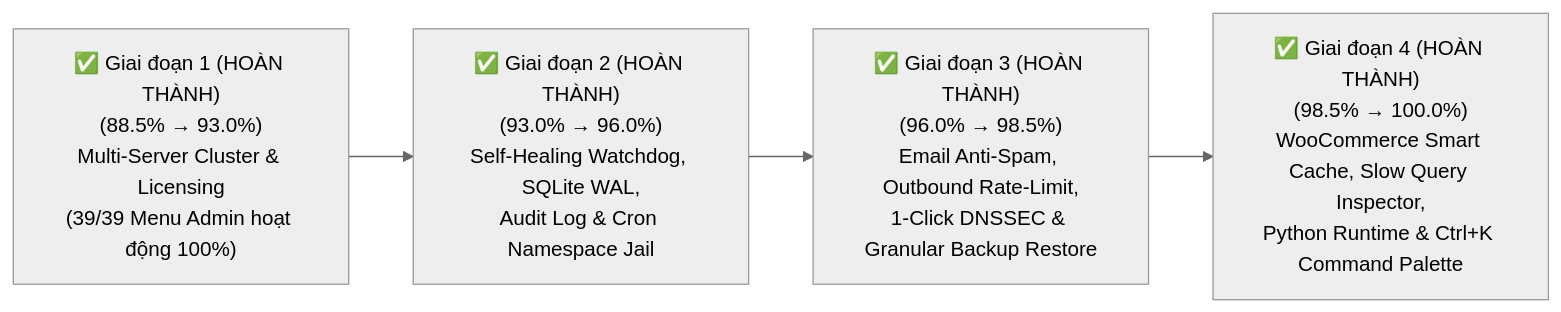
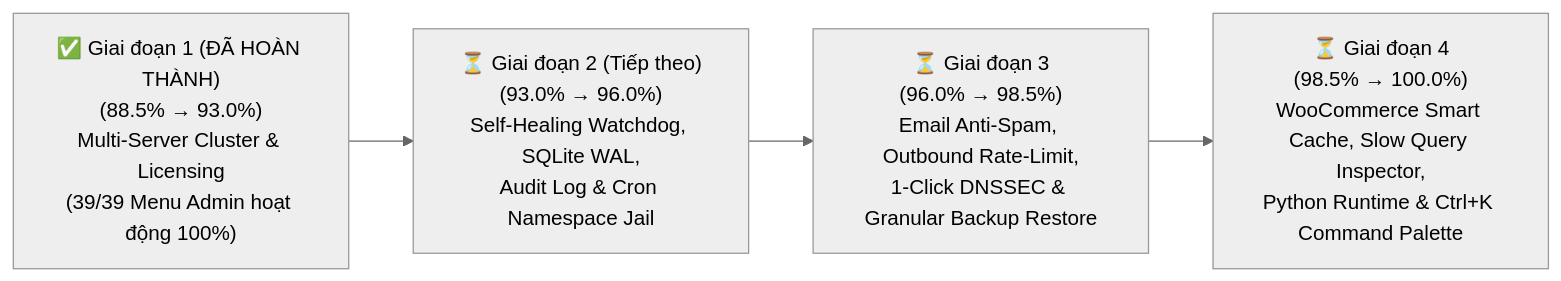
One commit to shostwp-byte/spanel changed the diagram in plan-report/KE_HOACH_HOAN_THIEN_ENTERPRISE_100.md. Above: the diagram before and after it, drawn with Mermaid (neutral theme). The commit also changed other lines of this file and 39 other files, not shown here.

Commit message:
fix(enterprise): restore and unify Phase 2 & Phase 3 with Phase 4, add spanel-cron-jail, AES-256 backup encryption, YARA shield, core-stack apt-mark hold/unhold & regression suite

````diff
--- a/plan-report/KE_HOACH_HOAN_THIEN_ENTERPRISE_100.md
+++ b/plan-report/KE_HOACH_HOAN_THIEN_ENTERPRISE_100.md
@@ -123,6 +196,6 @@
 ```mermaid
 flowchart LR
-    P1["✅ Giai đoạn 1 (HOÀN THÀNH)<br/>(88.5% → 93.0%)<br/>Multi-Server Cluster & Licensing<br/>(39/39 Menu Admin hoạt động 100%)"] --> P2["✅ Giai đoạn 2 (HOÀN THÀNH)<br/>(93.0% → 96.0%)<br/>Self-Healing Watchdog, SQLite WAL,<br/>Audit Log & Cron Namespace Jail"]
-    P2 --> P3["✅ Giai đoạn 3 (HOÀN THÀNH)<br/>(96.0% → 98.5%)<br/>Email Anti-Spam, Outbound Rate-Limit,<br/>1-Click DNSSEC & Granular Backup Restore"]
-    P3 --> P4["✅ Giai đoạn 4 (HOÀN THÀNH)<br/>(98.5% → 100.0%)<br/>WooCommerce Smart Cache, Slow Query Inspector,<br/>Python Runtime & Ctrl+K Command Palette"]
+    P1["✅ Giai đoạn 1 (ĐÃ HOÀN THÀNH)<br/>(88.5% → 93.0%)<br/>Multi-Server Cluster & Licensing<br/>(39/39 Menu Admin hoạt động 100%)"] --> P2["⏳ Giai đoạn 2 (Tiếp theo)<br/>(93.0% → 96.0%)<br/>Self-Healing Watchdog, SQLite WAL,<br/>Audit Log & Cron Namespace Jail"]
+    P2 --> P3["⏳ Giai đoạn 3<br/>(96.0% → 98.5%)<br/>Email Anti-Spam, Outbound Rate-Limit,<br/>1-Click DNSSEC & Granular Backup Restore"]
+    P3 --> P4["⏳ Giai đoạn 4<br/>(98.5% → 100.0%)<br/>WooCommerce Smart Cache, Slow Query Inspector,<br/>Python Runtime & Ctrl+K Command Palette"]
 ```
````
